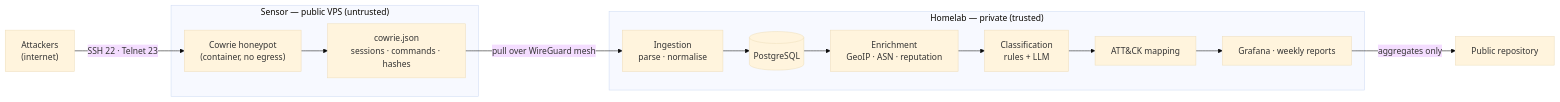
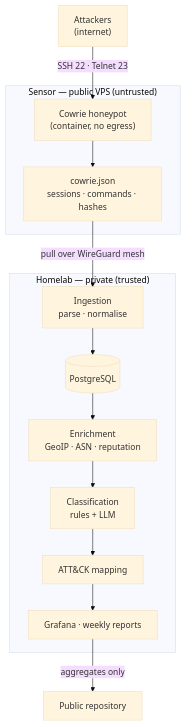
One commit to DDMalo/IA-Honeypot changed the diagram in docs/architecture.md. Above: the diagram before and after it, drawn with Mermaid (base theme). The commit also changed 9 other files, not shown here.

````diff
--- a/docs/architecture.md
+++ b/docs/architecture.md
@@ -7,24 +7,24 @@
 ```mermaid
-flowchart LR
+flowchart TB
     A["Attackers<br/>(internet)"] -->|SSH 22 · Telnet 23| B
 
     subgraph SENSOR["Sensor — public VPS (untrusted)"]
         B["Cowrie honeypot<br/>(container, no egress)"]
         C["cowrie.json<br/>sessions · commands · hashes"]
         B --> C
     end
 
     C -->|pull over WireGuard mesh| D
 
     subgraph HOMELAB["Homelab — private (trusted)"]
         D["Ingestion<br/>parse · normalise"]
         E[("PostgreSQL")]
         F["Enrichment<br/>GeoIP · ASN · reputation"]
         G["Classification<br/>rules + LLM"]
         H["ATT&CK mapping"]
         I["Grafana · weekly reports"]
         D --> E --> F --> G --> H --> I
     end
 
     I -->|aggregates only| J["Public repository"]
 ```
````
